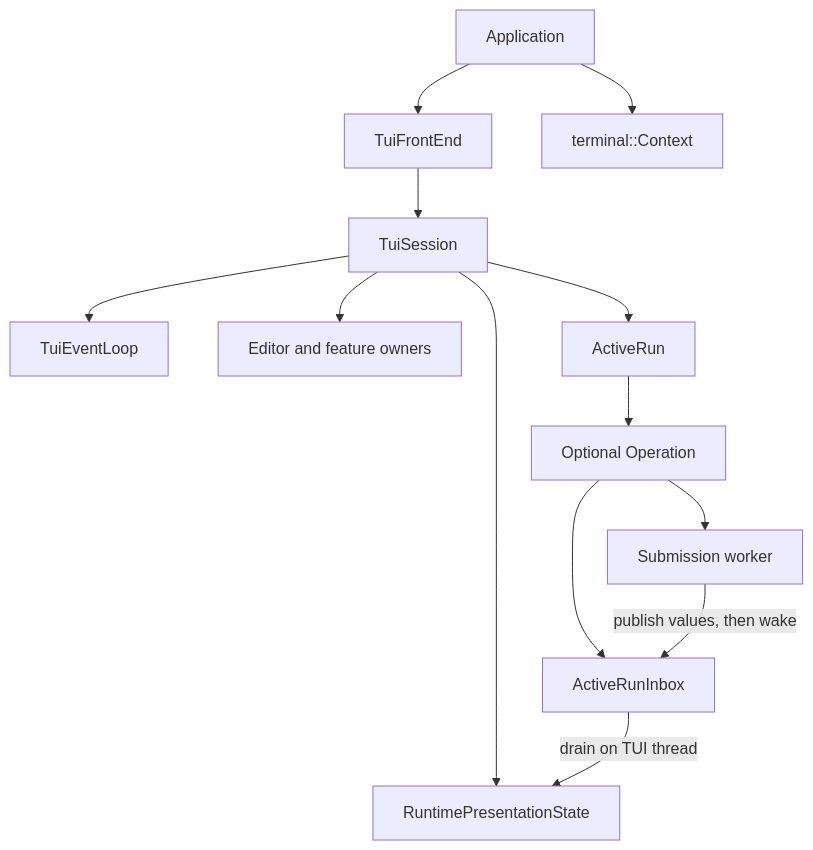
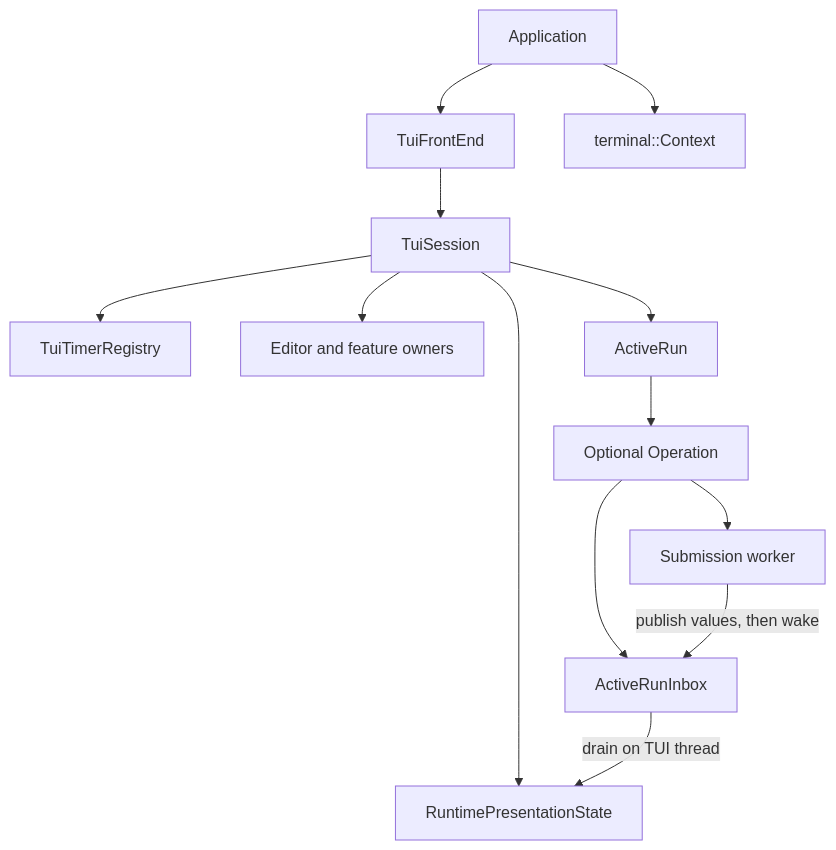
Before and after one commit to Artificial-Source/AVA: the diagram in docs/engineering/tui-architecture.md, drawn with Mermaid. The commit also changed other lines of this file and 55 other files, not shown here.

````diff
--- a/docs/engineering/tui-architecture.md
+++ b/docs/engineering/tui-architecture.md
@@ -100,15 +100,15 @@
 ```mermaid
 flowchart TD
   App[Application] --> Frontend[TuiFrontEnd]
   App --> Context[terminal::Context]
   Frontend --> Session[TuiSession]
-  Session --> Loop[TuiEventLoop]
+  Session --> Registry[TuiTimerRegistry]
   Session --> State[RuntimePresentationState]
   Session --> Features[Editor and feature owners]
   Session --> Run[ActiveRun]
   Run --> Operation[Optional Operation]
   Operation --> Inbox[ActiveRunInbox]
   Operation --> Worker[Submission worker]
   Worker -->|publish values, then wake| Inbox
   Inbox -->|drain on TUI thread| State
 ```
````
